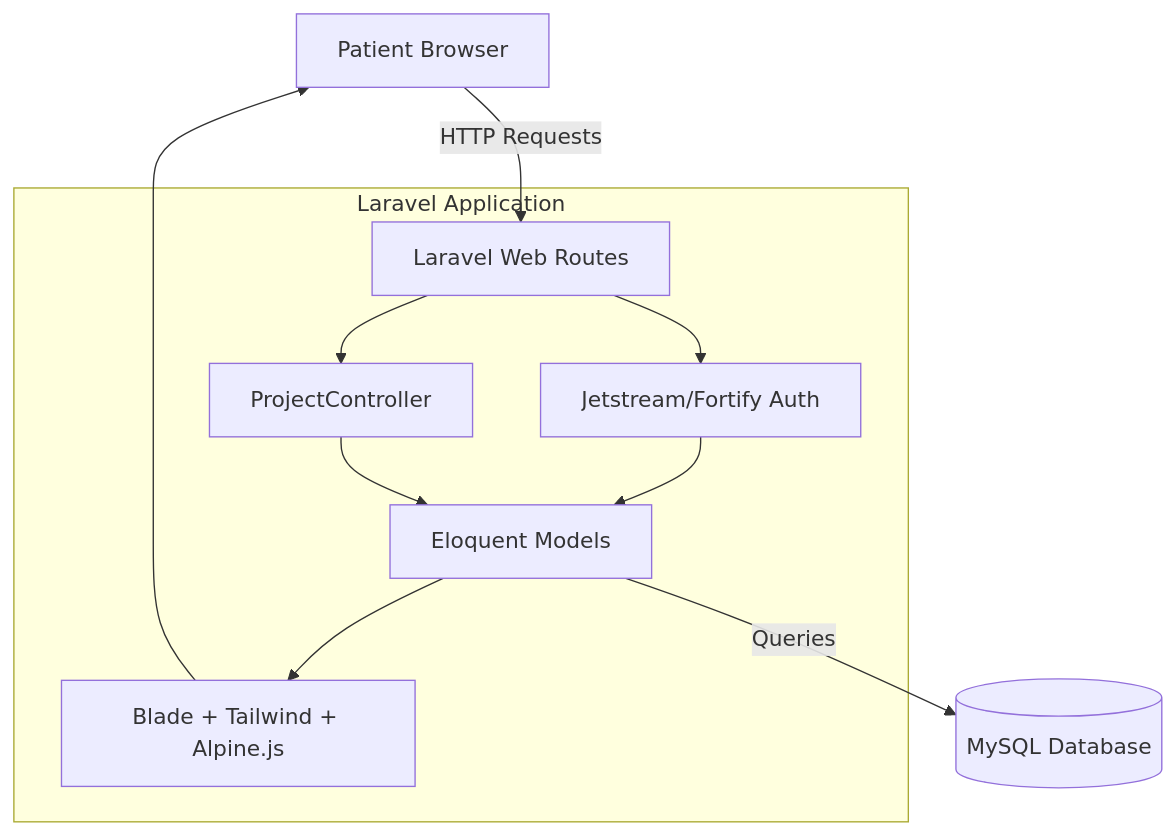
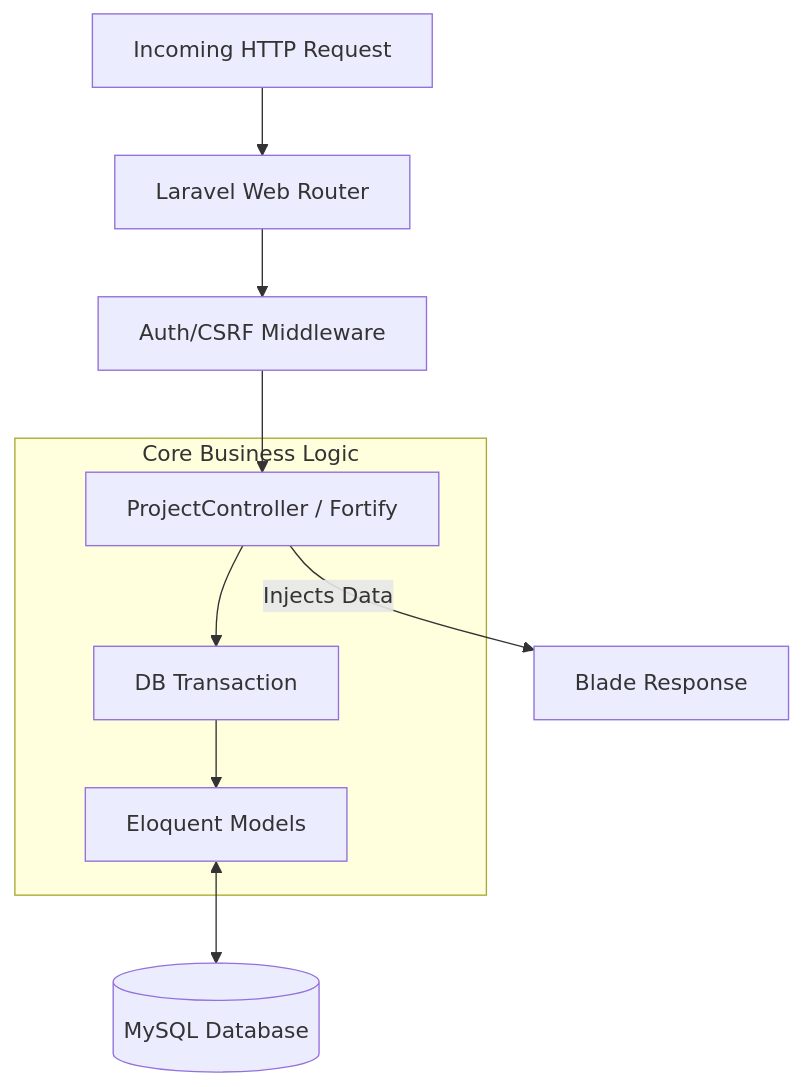
Before and after one commit to talhasuhayeb/Hospital_Management_System: the diagram in HMS-app/README.md, drawn with Mermaid. The commit also changed other lines of this file and 2 other files, not shown here.

````diff
--- a/HMS-app/README.md
+++ b/HMS-app/README.md
@@ -52,17 +46,14 @@
 ```mermaid
-flowchart TB
-    Client[Patient Browser] -->|HTTP Requests| WebRoutes[Laravel Web Routes]
+flowchart TD
+    Req[Incoming HTTP Request] --> Router[Laravel Web Router]
+    Router --> Middleware[Auth/CSRF Middleware]
+    Middleware --> Controller[ProjectController / Fortify]
 
-    subgraph eAppointment Care [Laravel Application]
-        WebRoutes --> Auth[Jetstream/Fortify Auth]
-        WebRoutes --> Controller[ProjectController]
-
-        Auth --> Models[Eloquent Models]
-        Controller --> Models
-
-        Models --> View[Blade + Tailwind + Alpine.js]
+    subgraph Core Business Logic
+        Controller --> Transact[DB Transaction]
+        Transact --> Models[Eloquent Models]
     end
 
-    Models -->|Queries| DB[(MySQL Database)]
-    View --> Client
+    Models <--> DB[(MySQL Database)]
+    Controller -->|Injects Data| View[Blade Response]
 ```
````
